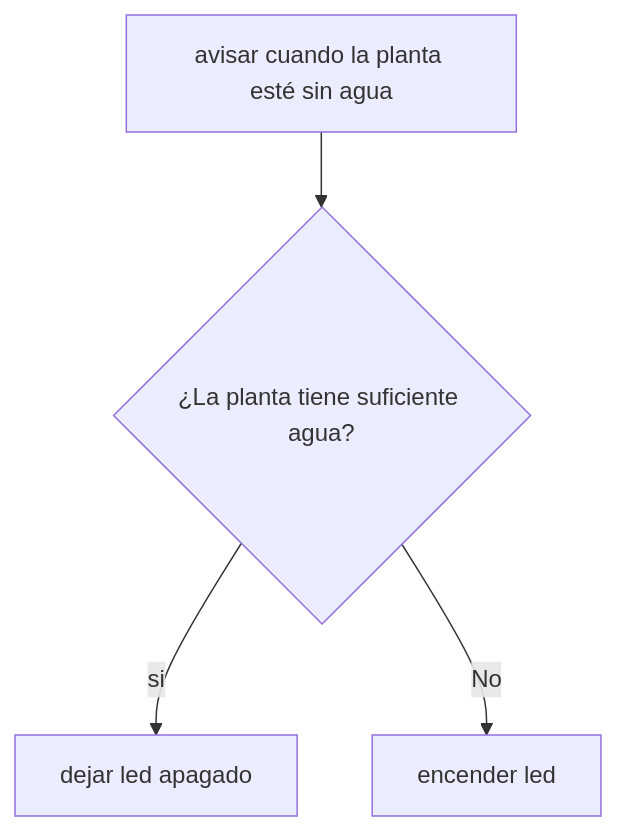
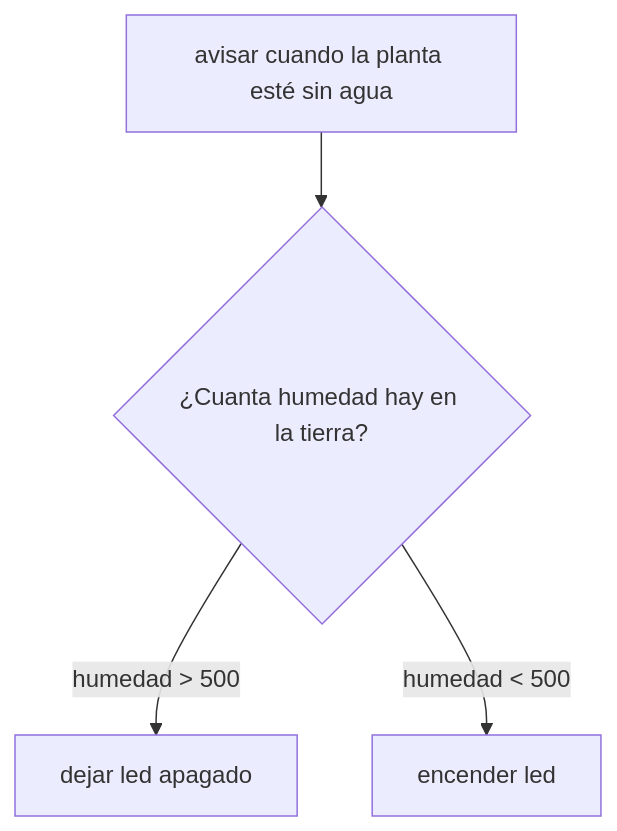
Before and after one commit to valenabrigo/sensor_humedad: the diagram in README.md, drawn with Mermaid.

Commit message:
edite diagrama de flujo

````diff
--- a/README.md
+++ b/README.md
@@ -34,6 +34,6 @@
 ```mermaid
 graph TD
-  A[avisar cuando la planta esté sin agua] --> B{¿La planta tiene suficiente agua?}
-  B -->|si| C[dejar led apagado]
-  B -->|No| D[encender led]
+  A[avisar cuando la planta esté sin agua] --> B{¿Cuanta humedad hay en la tierra?}
+  B -->|humedad > 500 | C[dejar led apagado]
+  B -->|humedad < 500 | D[encender led]
 ```
````
